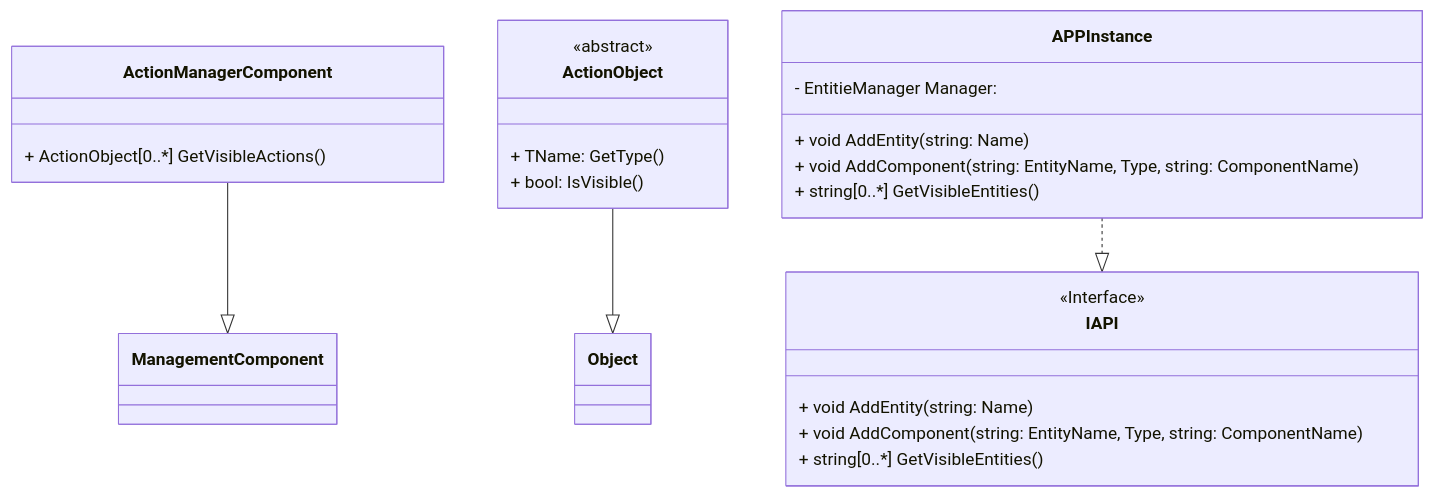
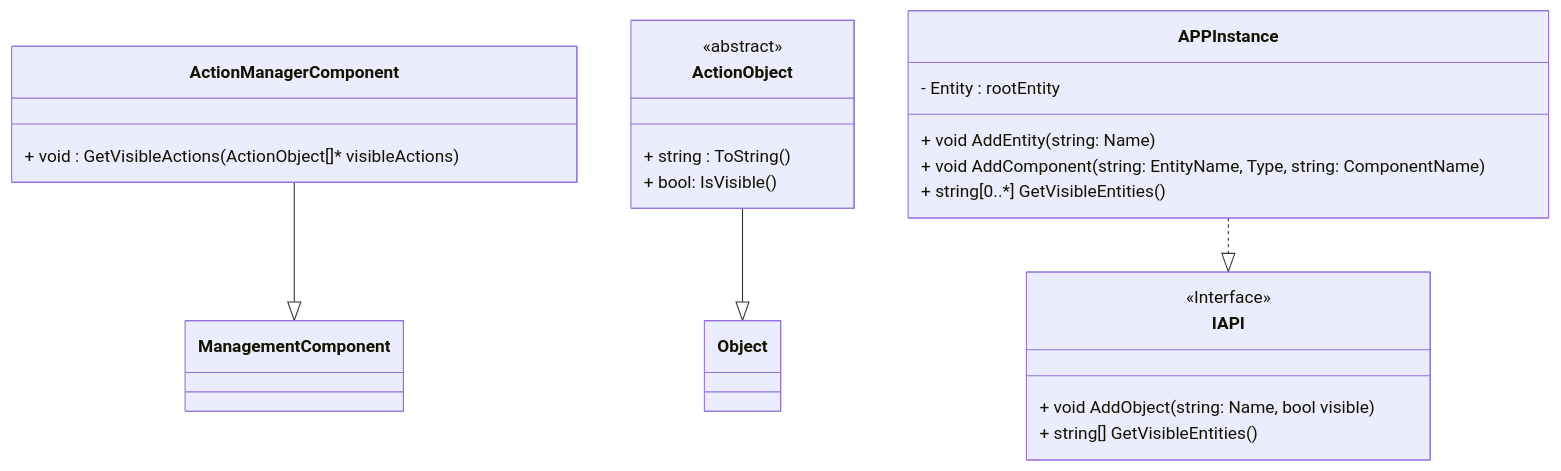
The third of 3 diagrams in Documentation/Architecture.md (FoxLightning/btest), drawn with Mermaid before and after one commit. The commit also changed other lines of this file, not shown here.

Commit message:
Architecture update

````diff
--- a/Documentation/Architecture.md
+++ b/Documentation/Architecture.md
@@ -117,32 +96,31 @@
 ```mermaid
 classDiagram
 %% Class definitions
     class ActionManagerComponent {
-        + ActionObject[0..*] GetVisibleActions()
+        + void : GetVisibleActions(ActionObject[]* visibleActions)
     }
 
     class ActionObject {
         <<abstract>>
-        + TName: GetType()
+        + string : ToString()
         + bool: IsVisible()
     }
 
     class IAPI {
         <<Interface>>
-        + void AddEntity(string: Name)
-        + void AddComponent(string: EntityName, Type, string: ComponentName)
-        + string[0..*] GetVisibleEntities()
+        + void AddObject(string: Name, bool visible)
+        + string[] GetVisibleEntities()
     }
 
     class APPInstance {
-        - EntitieManager Manager:
+        - Entity : rootEntity
         + void AddEntity(string: Name)
         + void AddComponent(string: EntityName, Type, string: ComponentName)
         + string[0..*] GetVisibleEntities()
     }
 
 %% relationships
     ActionManagerComponent --|> ManagementComponent
     ActionObject --|> Object
     APPInstance ..|> IAPI
 ```
````
